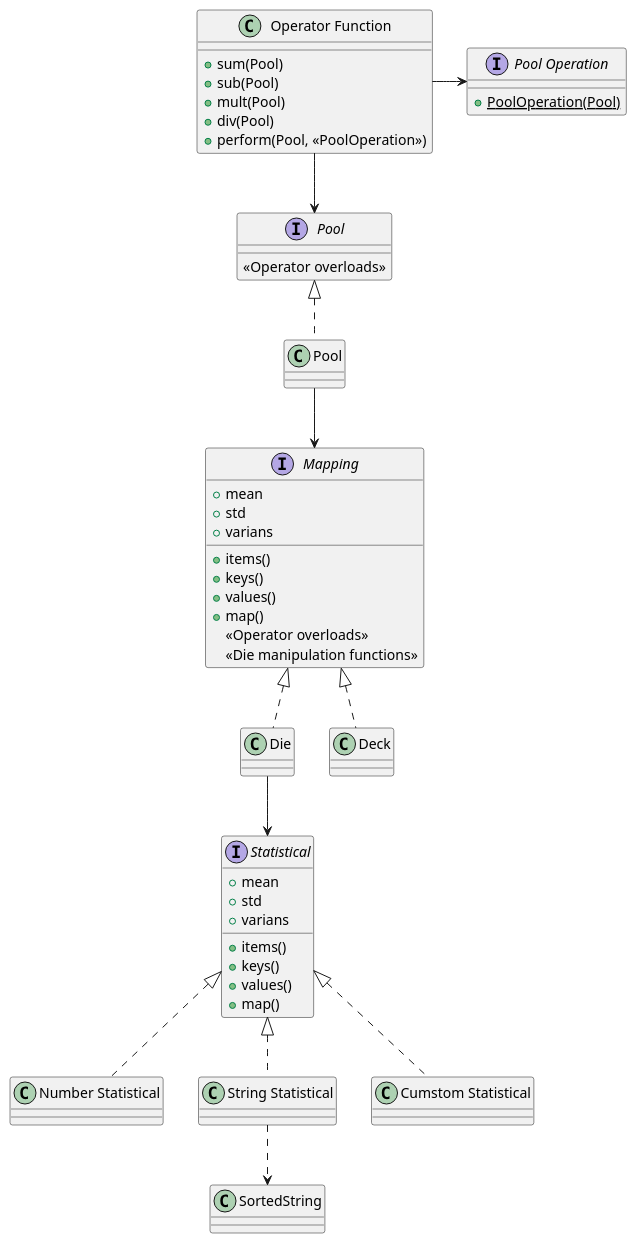
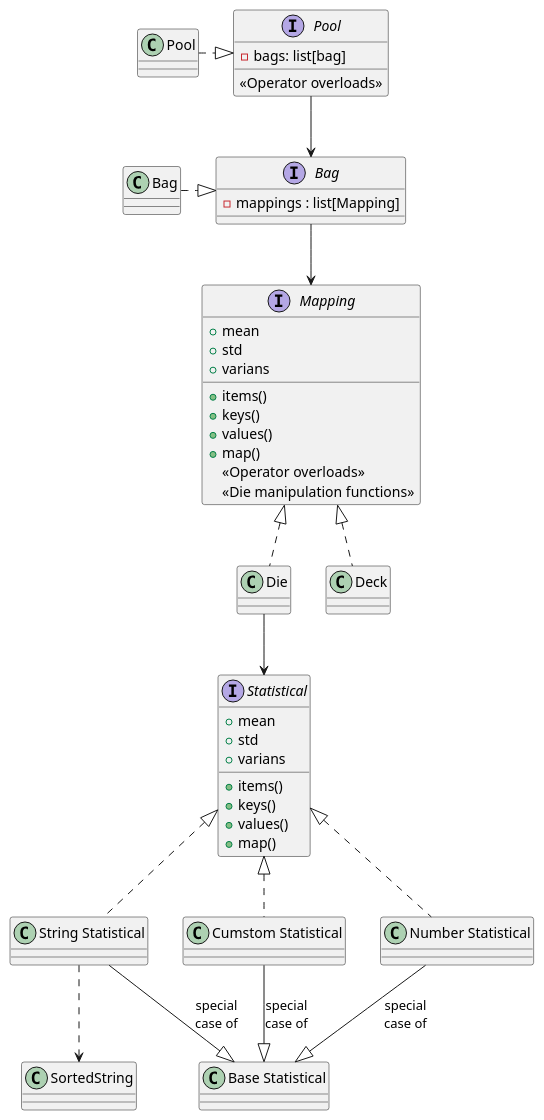
The diagram in docs/system.puml (daplhall/dicechanics), drawn with PlantUML before and after one commit. The commit also changed 8 other files, not shown here.

Commit message:
updated the class diagram; added bag

```diff
--- a/docs/system.puml
+++ b/docs/system.puml
@@ -1,54 +1,51 @@
 @startuml System
 top to bottom direction
-class "Operator Function" as opsfunc
-{
-    +sum(Pool)
-    +sub(Pool)
-    +mult(Pool)
-    +div(Pool)
-    +perform(Pool, <<PoolOperation>>)
-}
 class Die
 class Pool
 class "Number Statistical" as numstat
 class "String Statistical" as strstat
 class "Cumstom Statistical" as customstat
+class "Base Statistical" as basestat
 interface "Pool" as pool {
+    - bags: list[bag]
     {method}<<Operator overloads>>
 }
-interface "Mapping" as mappping{
+interface "Mapping" as mapping{
     + items()
     + keys()
     + values()
     + map()
     {method}<<Operator overloads>>
     {method}<<Die manipulation functions>>
     + mean
     + std
     + varians
 }
 interface Statistical{
     + items()
     + keys()
     + values()
     + map()
     + mean
     + std
     + varians
 }
-interface "Pool Operation" as poolops{
-    + {static} PoolOperation(Pool)
+interface "Bag" as bag{
+    - mappings : list[Mapping]
 }
 
-opsfunc -> poolops
-opsfunc --> pool
-Pool .up.|> pool
-Pool --> mappping
-Die .up.|> mappping
-Deck .up.|> mappping
+Pool .|> pool
+pool --> bag
+Bag .|> bag
+bag -down-> mapping
+Die .up.|> mapping
+Deck .up.|> mapping
 Die --> Statistical 
 numstat .up.|> Statistical
 strstat .up.|> Statistical
 customstat .up.|> Statistical
+numstat --|> basestat: special\ncase of 
+strstat --|> basestat: special\ncase of
+customstat --|> basestat :special\ncase of
 strstat ..> SortedString
 @enduml
```
